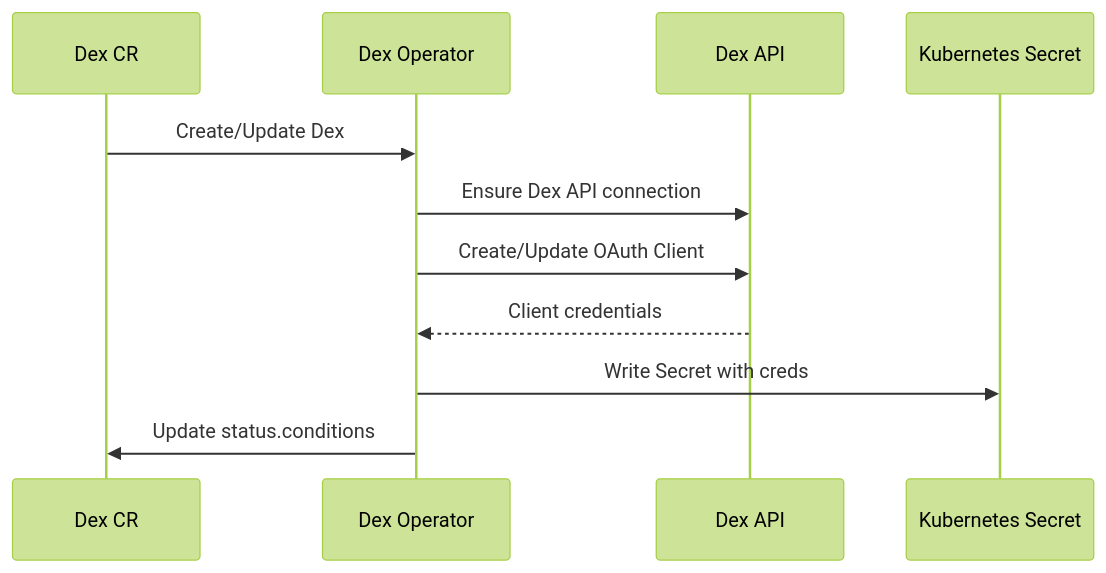
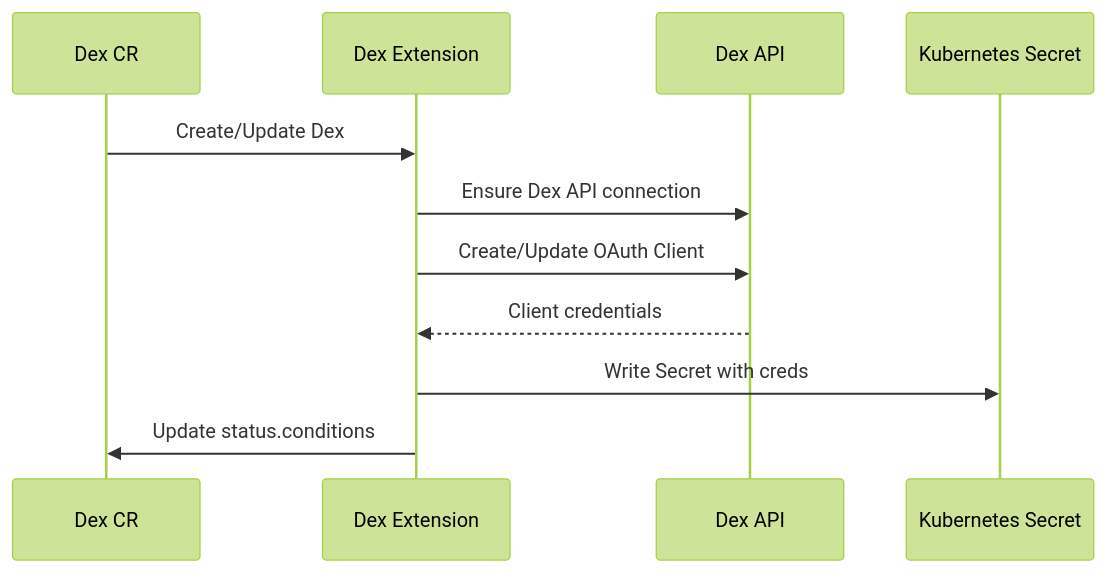
Before and after one commit to stakater/mto-docs: the third of 3 diagrams in content/integrations/dex/readme.md, drawn with Mermaid (forest theme). The commit also changed other lines of this file, not shown here.

````diff
--- a/content/integrations/dex/readme.md
+++ b/content/integrations/dex/readme.md
@@ -306,14 +366,14 @@
 ```mermaid
 sequenceDiagram
   participant CR as Dex CR
-  participant OP as Dex Operator
+  participant OP as Dex Extension
   participant Dex as Dex API
   participant K8s as Kubernetes Secret
 
   CR->>OP: Create/Update Dex
   OP->>Dex: Ensure Dex API connection
   OP->>Dex: Create/Update OAuth Client
   Dex-->>OP: Client credentials
   OP->>K8s: Write Secret with creds
   OP->>CR: Update status.conditions
 ```
````
